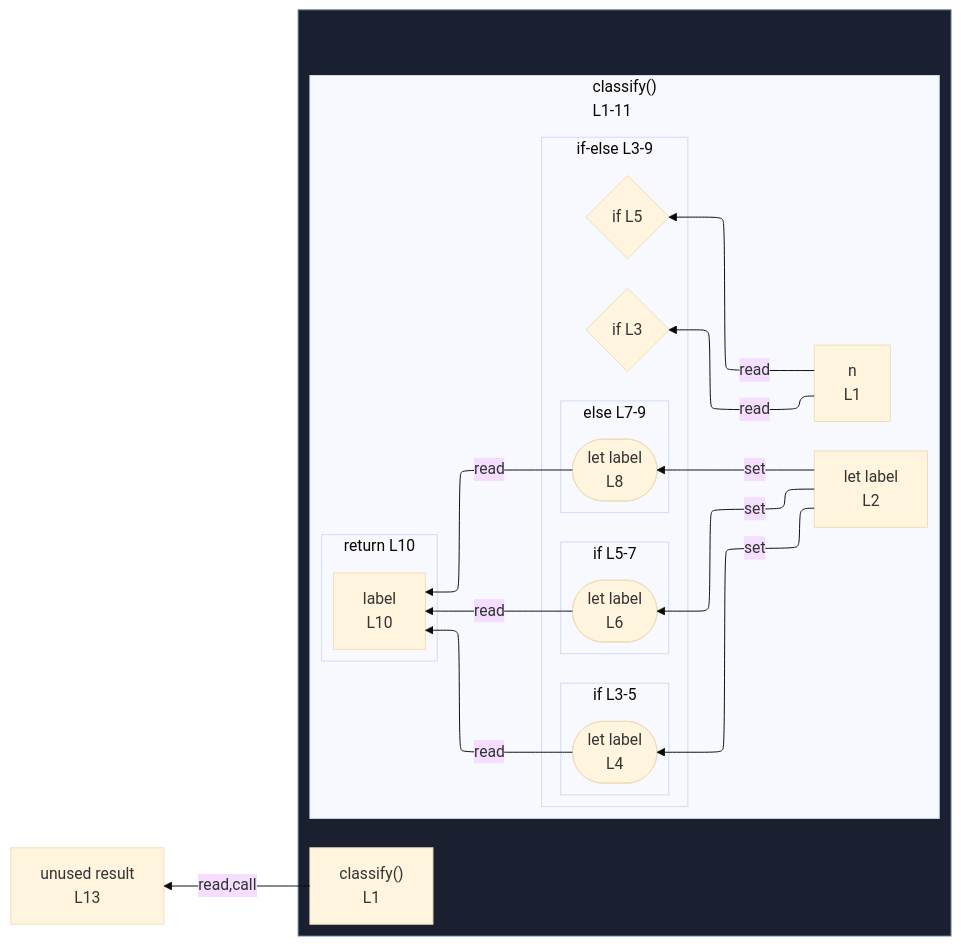
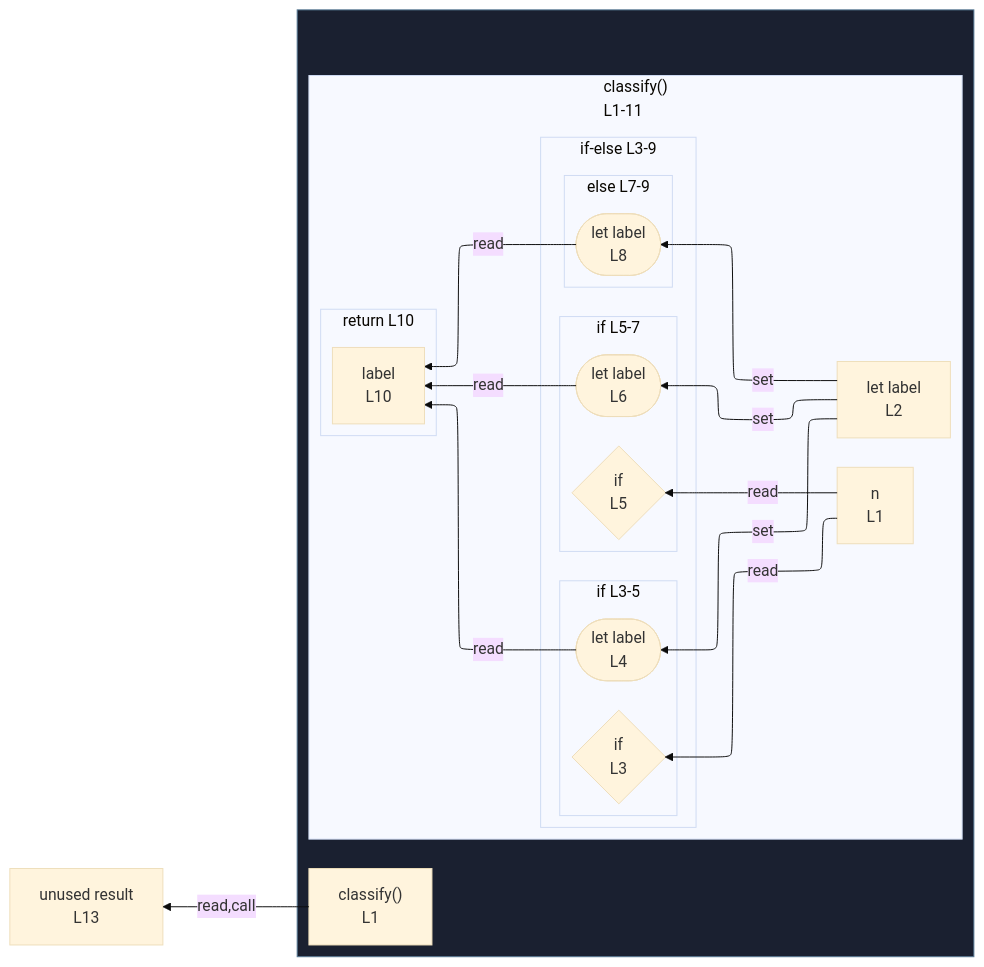
The diagram in integration/fixtures/control-if-else-chain/preview.md (crescware/unsnarl), drawn with Mermaid (base theme) before and after one commit. The commit also changed 21 other files, not shown here.

````diff
--- a/integration/fixtures/control-if-else-chain/preview.md
+++ b/integration/fixtures/control-if-else-chain/preview.md
@@ -23,46 +23,46 @@
 ```mermaid
 %%{init: {"flowchart": {"defaultRenderer": "elk"}}}%%
 flowchart RL
   n_scope_0_result_189["unused result<br/>L13"]
   subgraph wrap_s_scope_1[" "]
     direction TB
     n_scope_0_classify_9["classify()<br/>L1"]
     subgraph s_scope_1["classify()<br/>L1-11"]
       direction RL
       n_scope_1_n_18["n<br/>L1"]
       n_scope_1_label_37["let label<br/>L2"]
       subgraph cont_if_scope_1_46["if-else L3-9"]
         direction RL
-        if_test_scope_1_46{"if L3"}
-        if_test_scope_1_92{"if L5"}
         subgraph s_scope_2["if L3-5"]
           direction RL
+          if_test_scope_1_46{"if<br/>L3"}
           wr_ref_1(["let label<br/>L4"])
         end
         subgraph s_scope_3["if L5-7"]
           direction RL
+          if_test_scope_1_92{"if<br/>L5"}
           wr_ref_3(["let label<br/>L6"])
         end
         subgraph s_scope_4["else L7-9"]
           direction RL
           wr_ref_4(["let label<br/>L8"])
         end
       end
       subgraph s_return_scope_0_classify_9_166_179["return L10"]
         direction RL
         ret_use_ref_5["label<br/>L10"]
       end
     end
   end
   n_scope_1_label_37 -->|set| wr_ref_1
   n_scope_1_label_37 -->|set| wr_ref_3
   n_scope_1_label_37 -->|set| wr_ref_4
   n_scope_1_n_18 -->|read| if_test_scope_1_46
   n_scope_1_n_18 -->|read| if_test_scope_1_92
   wr_ref_1 -->|read| ret_use_ref_5
   wr_ref_3 -->|read| ret_use_ref_5
   wr_ref_4 -->|read| ret_use_ref_5
   n_scope_0_classify_9 -->|read,call| n_scope_0_result_189
   classDef fnWrap fill:#1a2030,stroke:#5a7d99;
   class wrap_s_scope_1 fnWrap;
 ```
````
